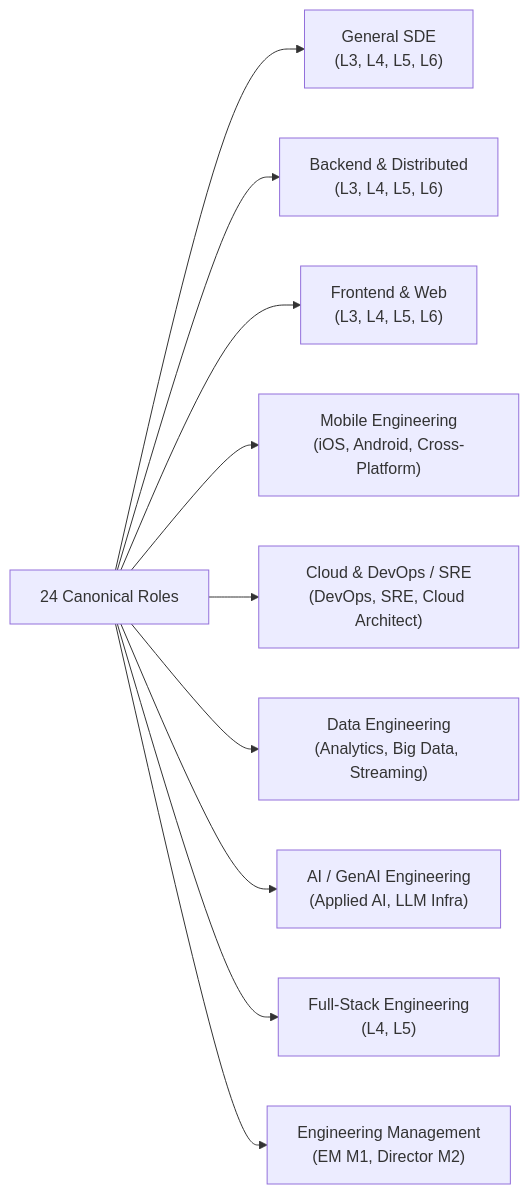
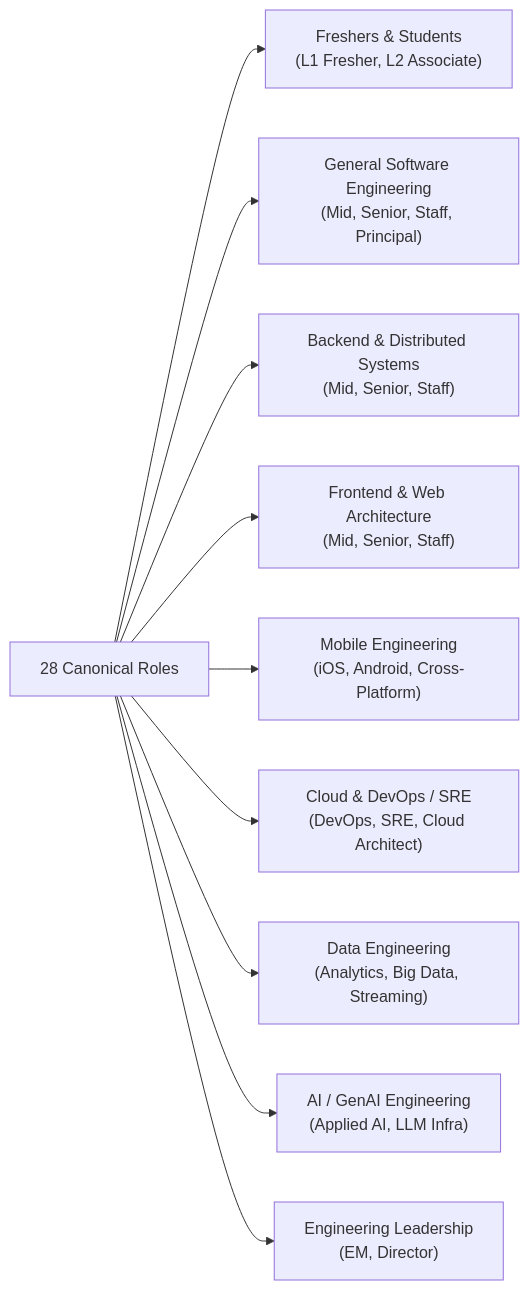
Before and after one commit to imsauravsingh/prepinminutes-backend: the second of 4 diagrams in docs/CROSS_CUTTING_INTELLIGENCE_SPEC.md, drawn with Mermaid. The commit also changed other lines of this file and 1 other file, not shown here.

Commit message:
docs(ontology): update CROSS_CUTTING_INTELLIGENCE_SPEC to v1.1.0 with fresher bands, evidence provenance, and batch refresh cron

````diff
--- a/docs/CROSS_CUTTING_INTELLIGENCE_SPEC.md
+++ b/docs/CROSS_CUTTING_INTELLIGENCE_SPEC.md
@@ -72,24 +91,24 @@
 ```mermaid
 graph LR
-  ROLES["24 Canonical Roles"]
+  ROLES["28 Canonical Roles"]
   
-  D1["General SDE<br/>(L3, L4, L5, L6)"]
-  D2["Backend & Distributed<br/>(L3, L4, L5, L6)"]
-  D3["Frontend & Web<br/>(L3, L4, L5, L6)"]
+  D0["Freshers & Students<br/>(L1 Fresher, L2 Associate)"]
+  D1["General Software Engineering<br/>(Mid, Senior, Staff, Principal)"]
+  D2["Backend & Distributed Systems<br/>(Mid, Senior, Staff)"]
+  D3["Frontend & Web Architecture<br/>(Mid, Senior, Staff)"]
   D4["Mobile Engineering<br/>(iOS, Android, Cross-Platform)"]
   D5["Cloud & DevOps / SRE<br/>(DevOps, SRE, Cloud Architect)"]
   D6["Data Engineering<br/>(Analytics, Big Data, Streaming)"]
   D7["AI / GenAI Engineering<br/>(Applied AI, LLM Infra)"]
-  D8["Full-Stack Engineering<br/>(L4, L5)"]
-  D9["Engineering Management<br/>(EM M1, Director M2)"]
+  D8["Engineering Leadership<br/>(EM, Director)"]
 
+  ROLES --> D0
   ROLES --> D1
   ROLES --> D2
   ROLES --> D3
   ROLES --> D4
   ROLES --> D5
   ROLES --> D6
   ROLES --> D7
   ROLES --> D8
-  ROLES --> D9
 ```
````
